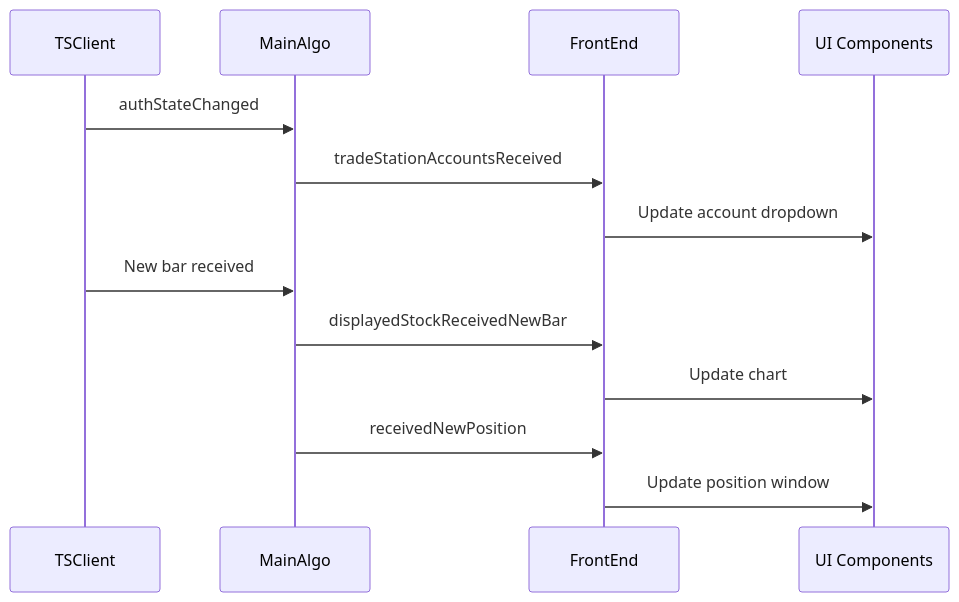
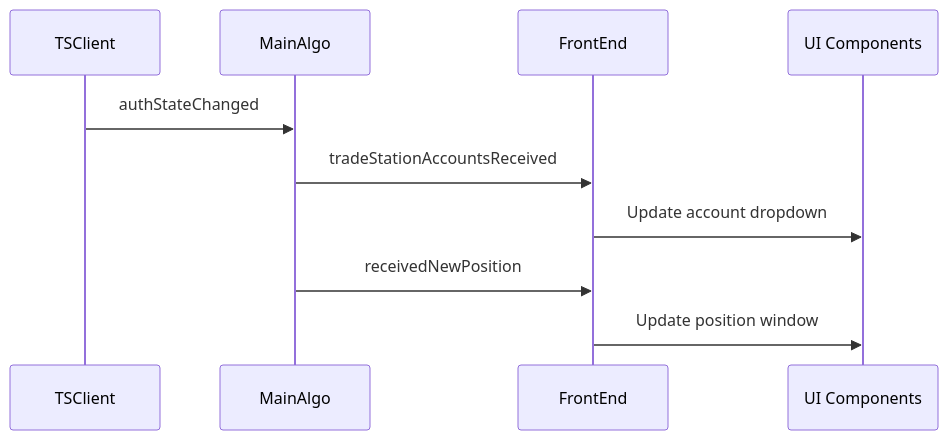
Before and after one commit to simonbeaudoin0935/OpenTraderPlatform: the second of 3 diagrams in Src/FrontEnd/AGENTS.md, drawn with Mermaid. The commit also changed other lines of this file and 5 other files, not shown here.

````diff
--- a/Src/FrontEnd/AGENTS.md
+++ b/Src/FrontEnd/AGENTS.md
@@ -107,18 +127,14 @@
 ```mermaid
 sequenceDiagram
     participant TSClient
     participant MainAlgo
     participant FrontEnd
     participant UI Components
 
     TSClient->>MainAlgo: authStateChanged
     MainAlgo->>FrontEnd: tradeStationAccountsReceived
     FrontEnd->>UI Components: Update account dropdown
 
-    TSClient->>MainAlgo: New bar received
-    MainAlgo->>FrontEnd: displayedStockReceivedNewBar
-    FrontEnd->>UI Components: Update chart
-
     MainAlgo->>FrontEnd: receivedNewPosition
     FrontEnd->>UI Components: Update position window
 ```
````
